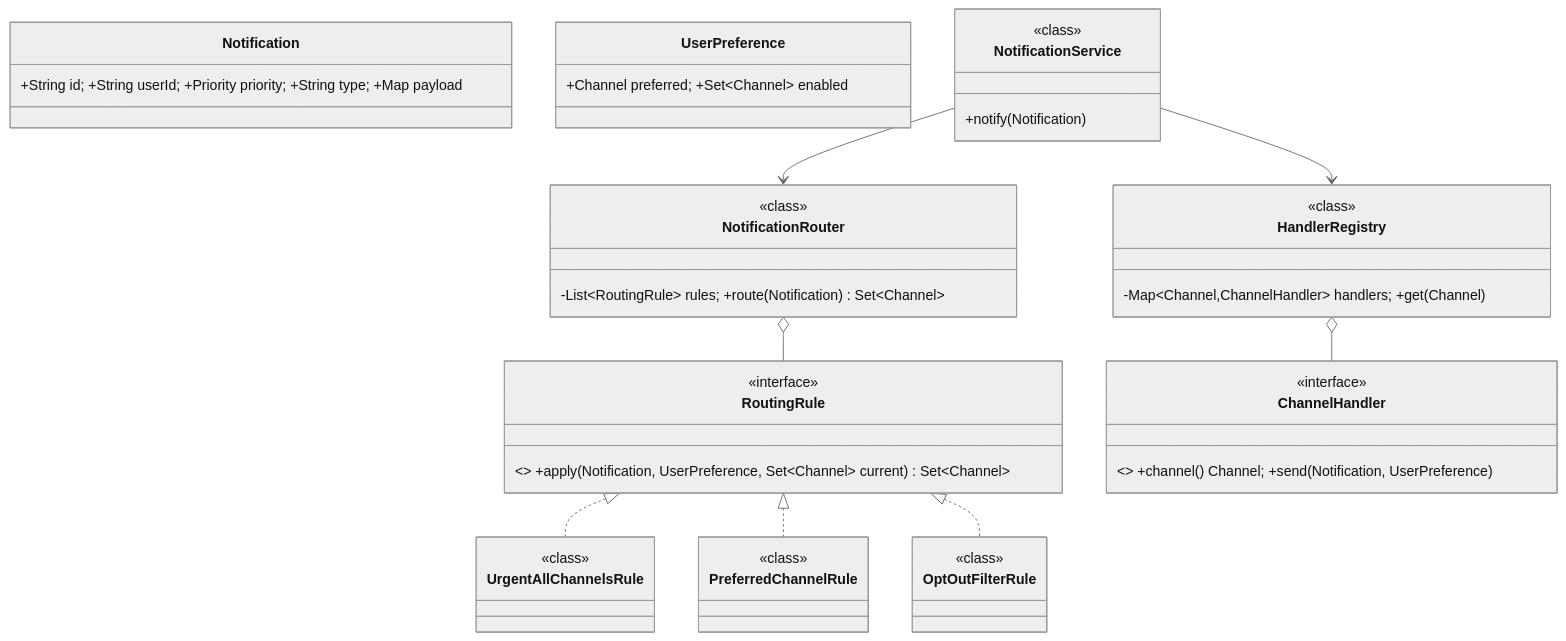
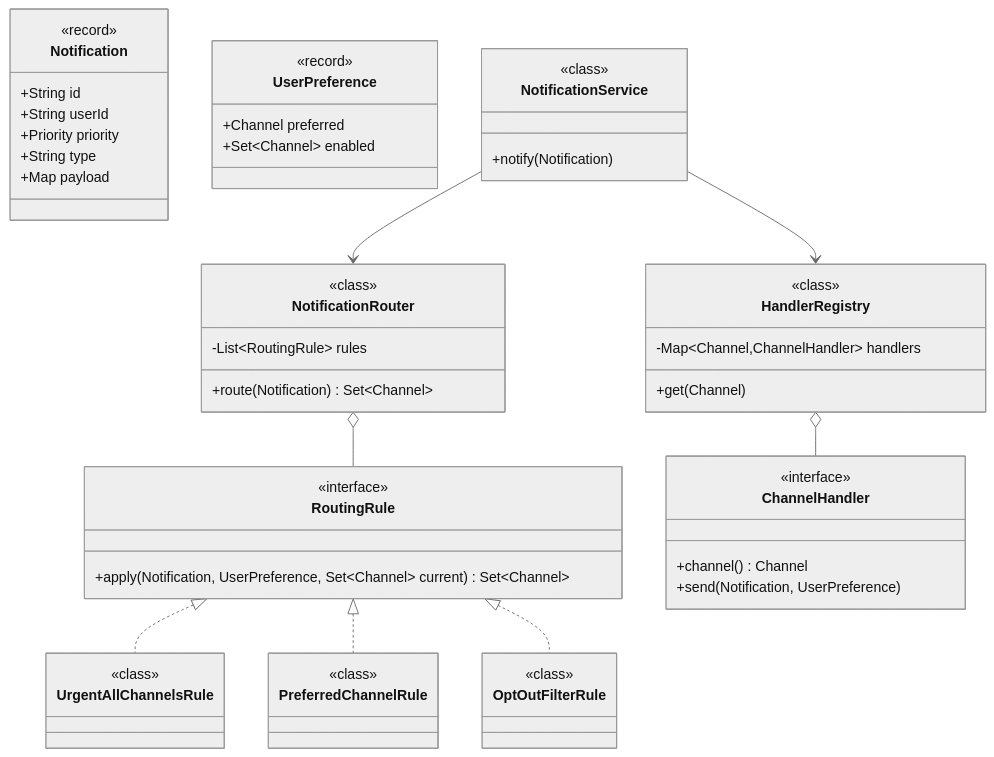
One commit to amarkum/amarkumar.guru changed the first of 2 diagrams in system-design/lld/16-notification-system.md. Above: the diagram before and after it, drawn with Mermaid (neutral theme). The commit also changed other lines of this file and 27 other files, not shown here.

````diff
--- a/system-design/lld/16-notification-system.md
+++ b/system-design/lld/16-notification-system.md
@@ -38,41 +38,67 @@
 ```mermaid
 classDiagram
-    class Notification { +String id; +String userId; +Priority priority; +String type; +Map payload }
-    class UserPreference { +Channel preferred; +Set~Channel~ enabled }
-    class RoutingRule { <<interface>> +apply(Notification, UserPreference, Set~Channel~ current) Set~Channel~ }
+    class Notification {
+      <<record>>
+      +String id
+      +String userId
+      +Priority priority
+      +String type
+      +Map payload
+    }
+    class UserPreference {
+      <<record>>
+      +Channel preferred
+      +Set~Channel~ enabled
+    }
+    class RoutingRule {
+      <<interface>>
+      +apply(Notification, UserPreference, Set~Channel~ current) Set~Channel~
+    }
     class UrgentAllChannelsRule {
       <<class>>
     }
     class PreferredChannelRule {
       <<class>>
     }
     class OptOutFilterRule {
       <<class>>
     }
-    class NotificationRouter { -List~RoutingRule~ rules; +route(Notification) Set~Channel~ }
-    class ChannelHandler { <<interface>> +channel() Channel; +send(Notification, UserPreference) }
-    class HandlerRegistry { -Map~Channel,ChannelHandler~ handlers; +get(Channel) }
-    class NotificationService { +notify(Notification) }
+    class NotificationRouter {
+      -List~RoutingRule~ rules
+      +route(Notification) Set~Channel~
+    }
+    class ChannelHandler {
+      <<interface>>
+      +channel() Channel
+      +send(Notification, UserPreference)
+    }
+    class HandlerRegistry {
+      -Map~Channel,ChannelHandler~ handlers
+      +get(Channel)
+    }
+    class NotificationService {
+      +notify(Notification)
+    }
     RoutingRule <|.. UrgentAllChannelsRule
     RoutingRule <|.. PreferredChannelRule
     RoutingRule <|.. OptOutFilterRule
     NotificationRouter o-- RoutingRule
     NotificationService --> NotificationRouter
     NotificationService --> HandlerRegistry
     HandlerRegistry o-- ChannelHandler
     class RoutingRule {
       <<interface>>
     }
     class NotificationService {
       <<class>>
     }
     class NotificationRouter {
       <<class>>
     }
     class HandlerRegistry {
       <<class>>
     }
     class ChannelHandler {
       <<interface>>
     }
 ```
````
